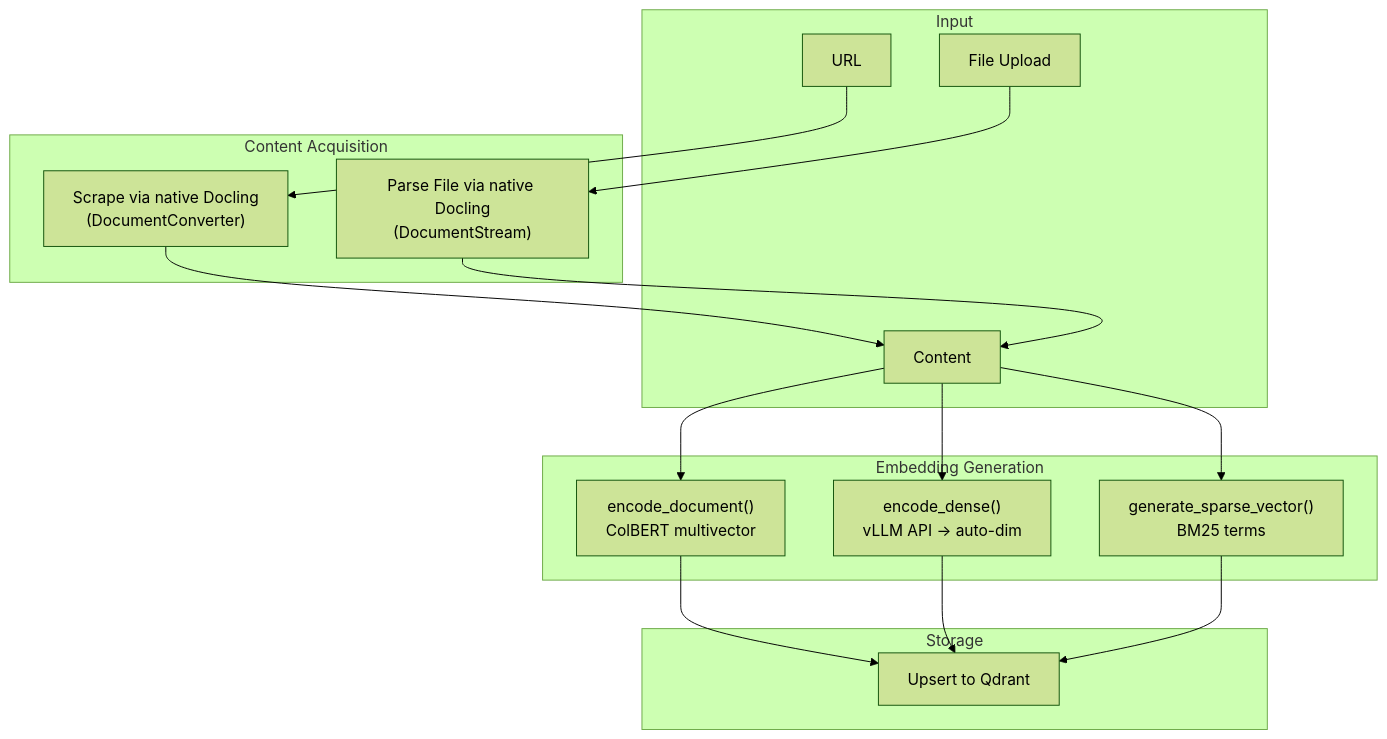
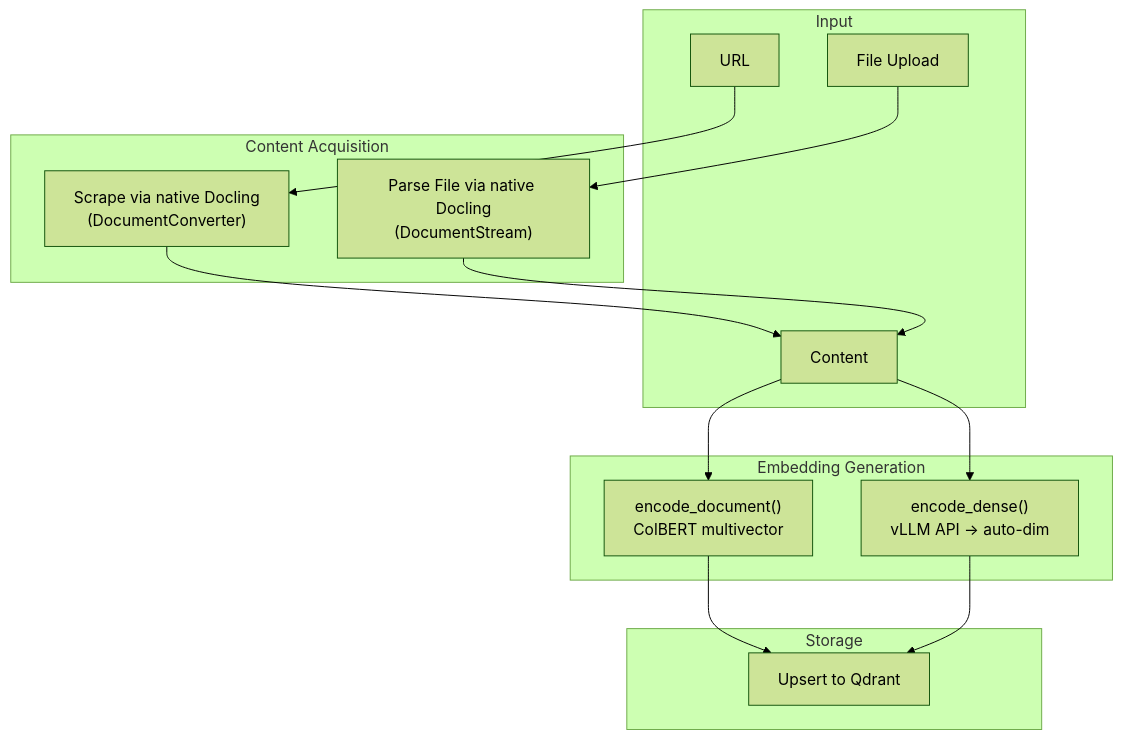
The third of 3 diagrams in docs/search-pipeline.md (flozi00/qdrant-proxy), drawn with Mermaid (forest theme) before and after one commit. The commit also changed other lines of this file and 21 other files, not shown here.

````diff
--- a/docs/search-pipeline.md
+++ b/docs/search-pipeline.md
@@ -103,28 +91,27 @@
 ```mermaid
 flowchart TD
     subgraph Input["Input"]
         URL["URL"]
         Content["Content"]
         File["File Upload"]
     end
     
     subgraph Acquisition["Content Acquisition"]
         Scrape["Scrape via native Docling\n(DocumentConverter)"]
         Parse["Parse File via native Docling\n(DocumentStream)"]
     end
     
     subgraph Embedding["Embedding Generation"]
         EncCol["encode_document()\nColBERT multivector"]
         EncDense["encode_dense()\nvLLM API → auto-dim"]
-        EncSparse["generate_sparse_vector()\nBM25 terms"]
     end
     
     subgraph Storage["Storage"]
         Upsert["Upsert to Qdrant"]
     end
     
     URL --> Scrape --> Content
     File --> Parse --> Content
-    Content --> EncCol & EncDense & EncSparse
-    EncCol & EncDense & EncSparse --> Upsert
+    Content --> EncCol & EncDense
+    EncCol & EncDense --> Upsert
 ```
````
